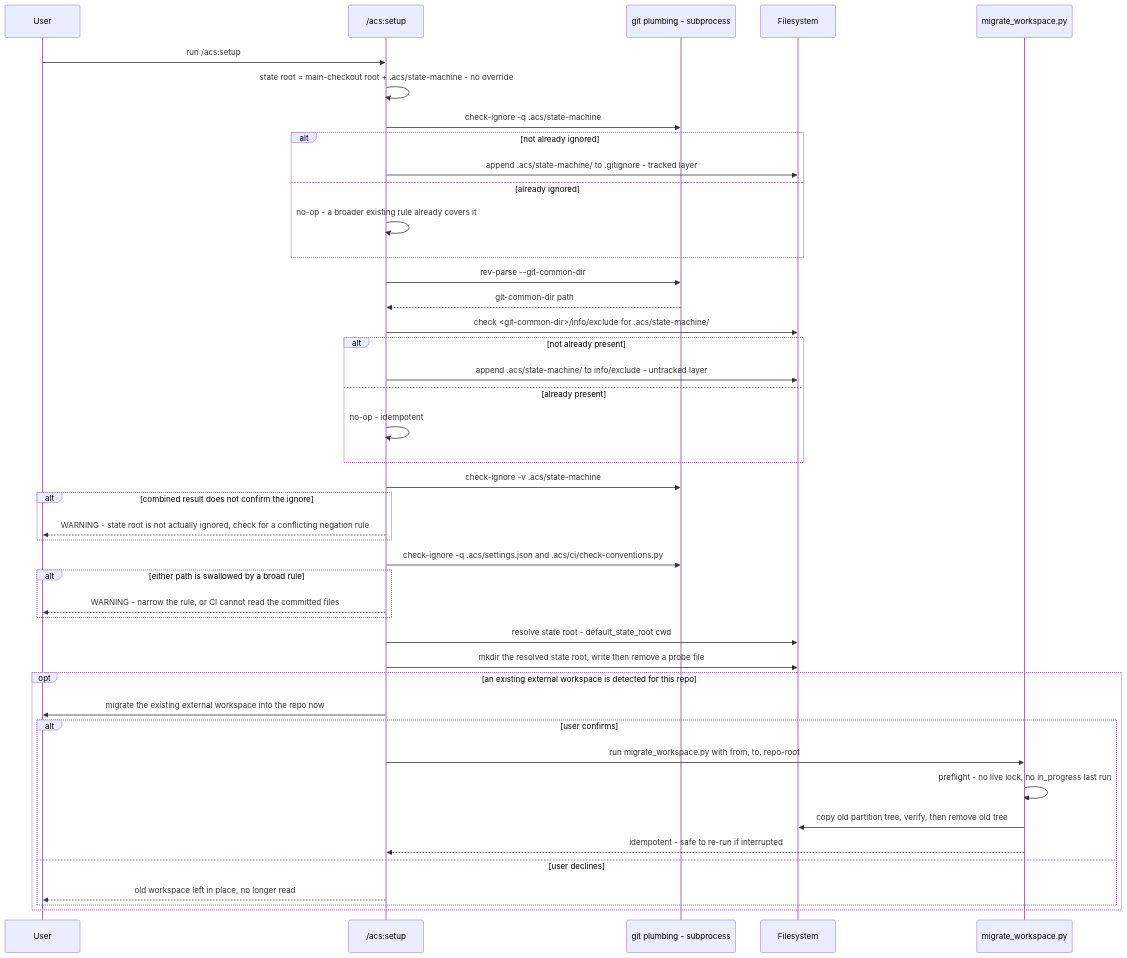
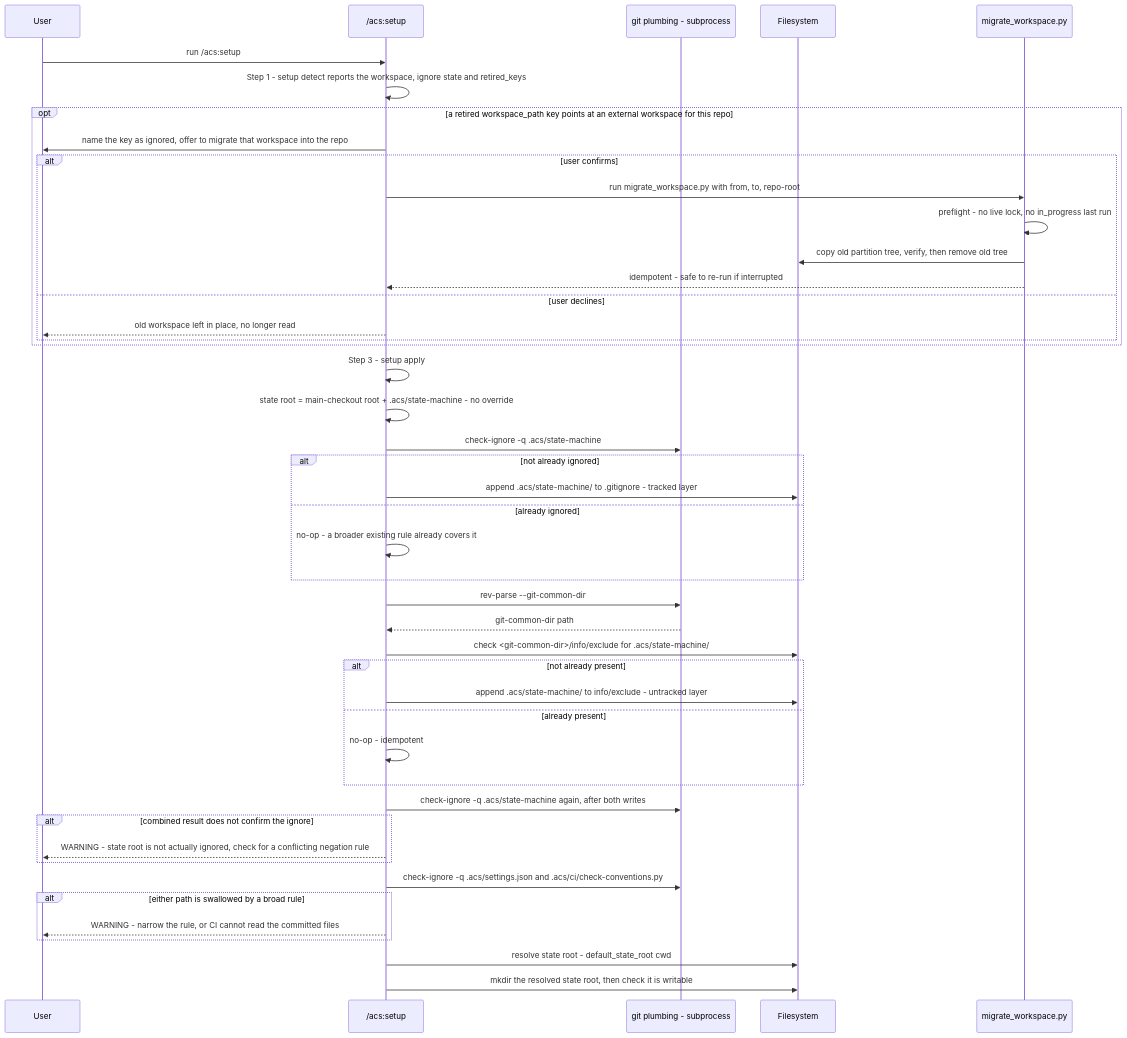
One commit to globalmindsolution/gms-marketplace changed the diagram in docs/architecture/lld/flows/setup-state-root-setup.md. Above: the diagram before and after it, drawn with Mermaid. The commit also changed other lines of this file and 37 other files, not shown here.

````diff
--- a/docs/architecture/lld/flows/setup-state-root-setup.md
+++ b/docs/architecture/lld/flows/setup-state-root-setup.md
@@ -16,46 +19,48 @@
 ```mermaid
 sequenceDiagram
     participant User
     participant Init as /acs:setup
     participant Git as git plumbing - subprocess
     participant FS as Filesystem
     participant Mig as migrate_workspace.py
 
     User->>Init: run /acs:setup
+    Init->>Init: Step 1 - setup detect reports the workspace, ignore state and retired_keys
+    opt a retired workspace_path key points at an external workspace for this repo
+        Init->>User: name the key as ignored, offer to migrate that workspace into the repo
+        alt user confirms
+            Init->>Mig: run migrate_workspace.py with from, to, repo-root
+            Mig->>Mig: preflight - no live lock, no in_progress last run
+            Mig->>FS: copy old partition tree, verify, then remove old tree
+            Mig-->>Init: idempotent - safe to re-run if interrupted
+        else user declines
+            Init-->>User: old workspace left in place, no longer read
+        end
+    end
+    Init->>Init: Step 3 - setup apply
     Init->>Init: state root = main-checkout root + .acs/state-machine - no override
     Init->>Git: check-ignore -q .acs/state-machine
     alt not already ignored
         Init->>FS: append .acs/state-machine/ to .gitignore - tracked layer
     else already ignored
         Init->>Init: no-op - a broader existing rule already covers it
     end
     Init->>Git: rev-parse --git-common-dir
     Git-->>Init: git-common-dir path
     Init->>FS: check <git-common-dir>/info/exclude for .acs/state-machine/
     alt not already present
         Init->>FS: append .acs/state-machine/ to info/exclude - untracked layer
     else already present
         Init->>Init: no-op - idempotent
     end
-    Init->>Git: check-ignore -v .acs/state-machine
+    Init->>Git: check-ignore -q .acs/state-machine again, after both writes
     alt combined result does not confirm the ignore
         Init-->>User: WARNING - state root is not actually ignored, check for a conflicting negation rule
     end
     Init->>Git: check-ignore -q .acs/settings.json and .acs/ci/check-conventions.py
     alt either path is swallowed by a broad rule
         Init-->>User: WARNING - narrow the rule, or CI cannot read the committed files
     end
     Init->>FS: resolve state root - default_state_root cwd
-    Init->>FS: mkdir the resolved state root, write then remove a probe file
-    opt an existing external workspace is detected for this repo
-        Init->>User: migrate the existing external workspace into the repo now
-        alt user confirms
-            Init->>Mig: run migrate_workspace.py with from, to, repo-root
-            Mig->>Mig: preflight - no live lock, no in_progress last run
-            Mig->>FS: copy old partition tree, verify, then remove old tree
-            Mig-->>Init: idempotent - safe to re-run if interrupted
-        else user declines
-            Init-->>User: old workspace left in place, no longer read
-        end
-    end
+    Init->>FS: mkdir the resolved state root, then check it is writable
 ```
````
